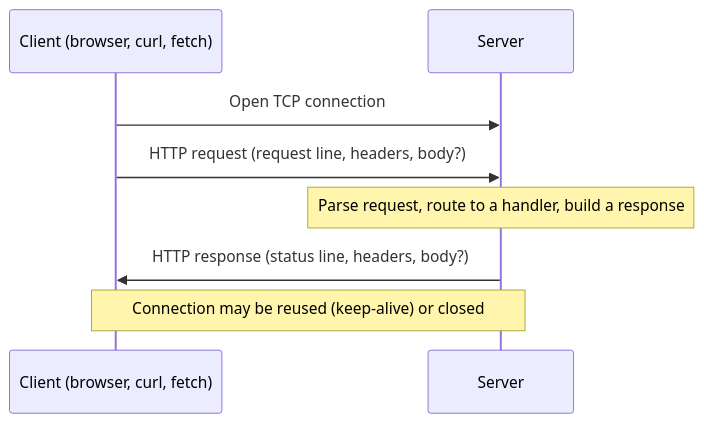
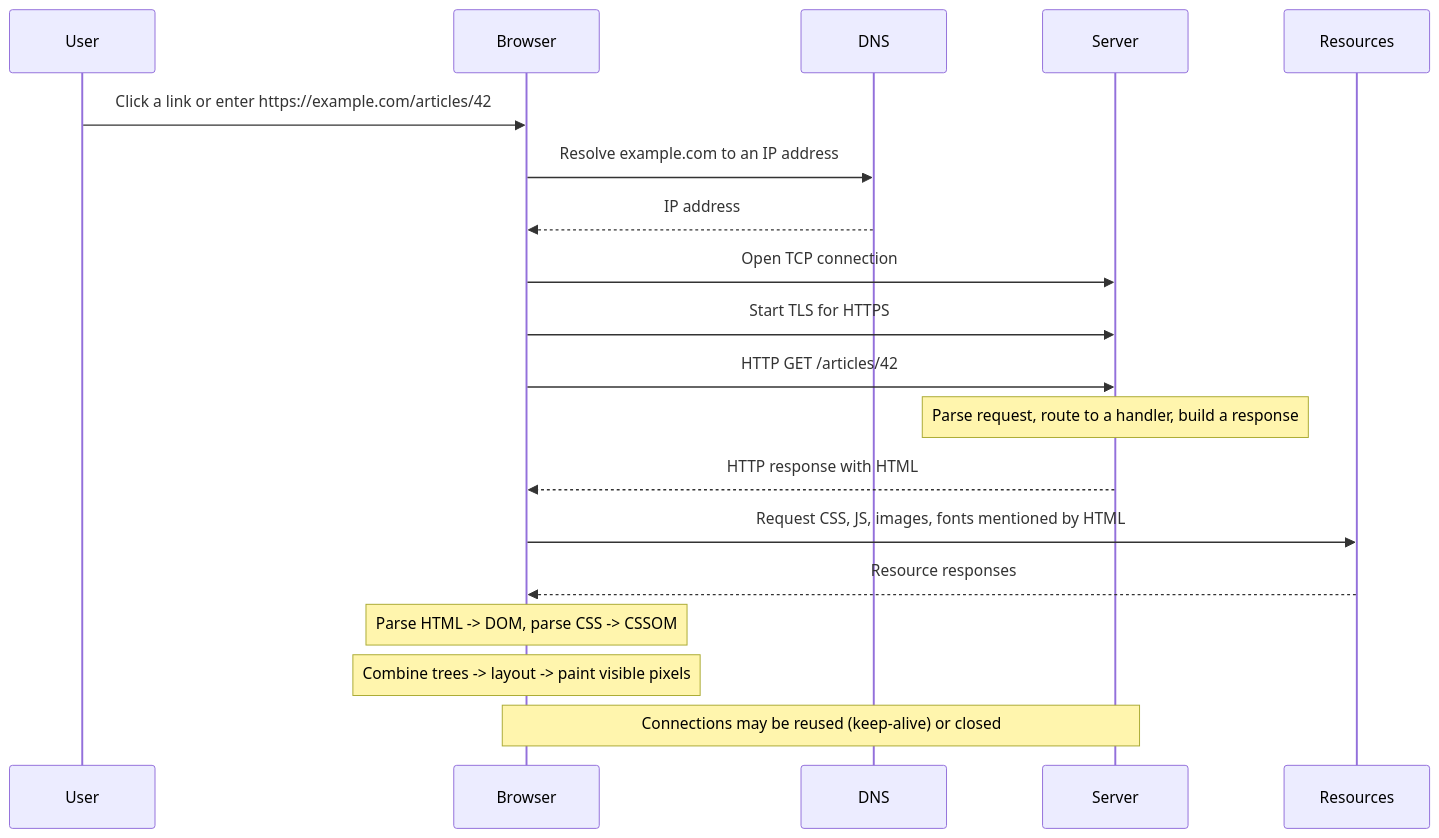
Before and after one commit to francoandreDev/knowledge: the diagram in src/content/web/http-request-response-basics/L2-concept.md, drawn with Mermaid. The commit also changed other lines of this file and 282 other files, not shown here.

````diff
--- a/src/content/web/http-request-response-basics/L2-concept.md
+++ b/src/content/web/http-request-response-basics/L2-concept.md
@@ -7,11 +7,22 @@
 ```mermaid
 sequenceDiagram
-    participant C as Client (browser, curl, fetch)
+    participant U as User
+    participant C as Browser
+    participant D as DNS
     participant S as Server
+    participant R as Resources
 
+    U->>C: Click a link or enter https://example.com/articles/42
+    C->>D: Resolve example.com to an IP address
+    D-->>C: IP address
     C->>S: Open TCP connection
-    C->>S: HTTP request (request line, headers, body?)
+    C->>S: Start TLS for HTTPS
+    C->>S: HTTP GET /articles/42
     Note over S: Parse request, route to a handler, build a response
-    S->>C: HTTP response (status line, headers, body?)
-    Note over C,S: Connection may be reused (keep-alive) or closed
+    S-->>C: HTTP response with HTML
+    C->>R: Request CSS, JS, images, fonts mentioned by HTML
+    R-->>C: Resource responses
+    Note over C: Parse HTML -> DOM, parse CSS -> CSSOM
+    Note over C: Combine trees -> layout -> paint visible pixels
+    Note over C,S: Connections may be reused (keep-alive) or closed
 ```
````
